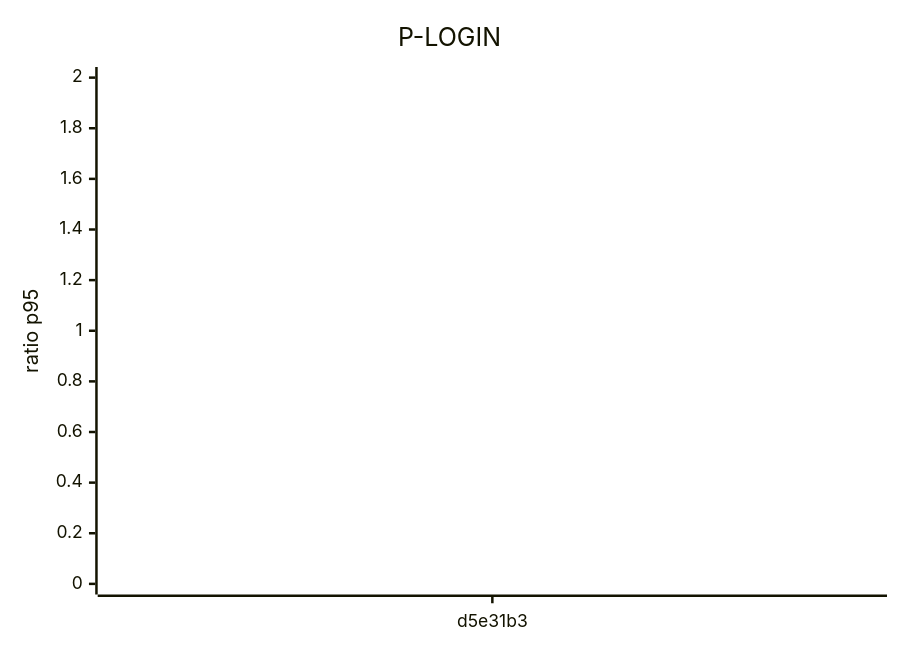
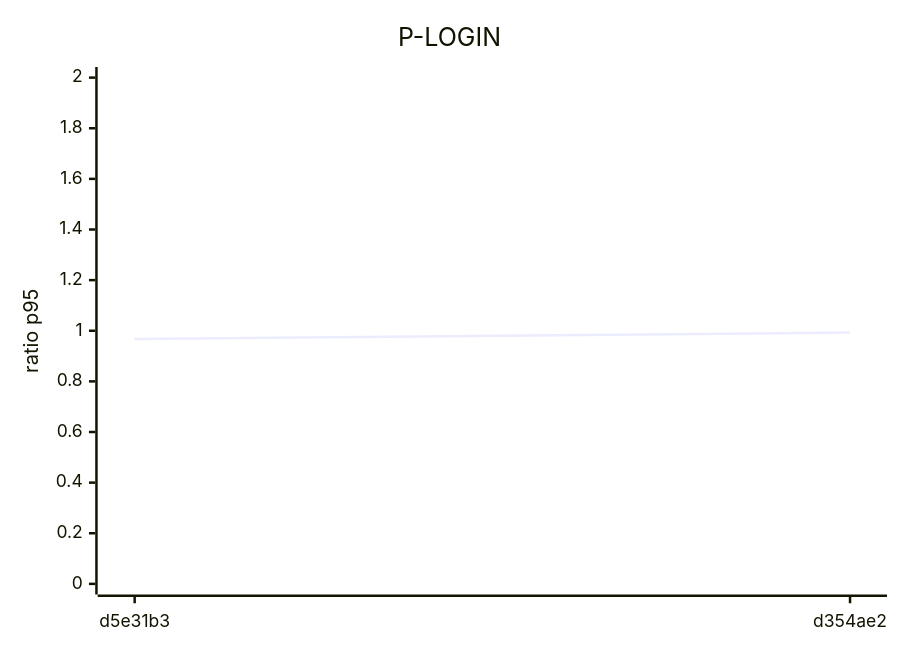
Before and after one commit to mtromane/expense-io: the eighth of 8 diagrams in docs/perf/trend.md, drawn with Mermaid. The commit also changed other lines of this file and 1 other file, not shown here.

````diff
--- a/docs/perf/trend.md
+++ b/docs/perf/trend.md
@@ -72,7 +72,7 @@
 ```mermaid
 xychart-beta
   title "P-LOGIN"
-  x-axis ["d5e31b3"]
+  x-axis ["d5e31b3", "d354ae2"]
   y-axis "ratio p95" 0 --> 2
-  line [0.967]
+  line [0.967, 0.993]
 ```
````
